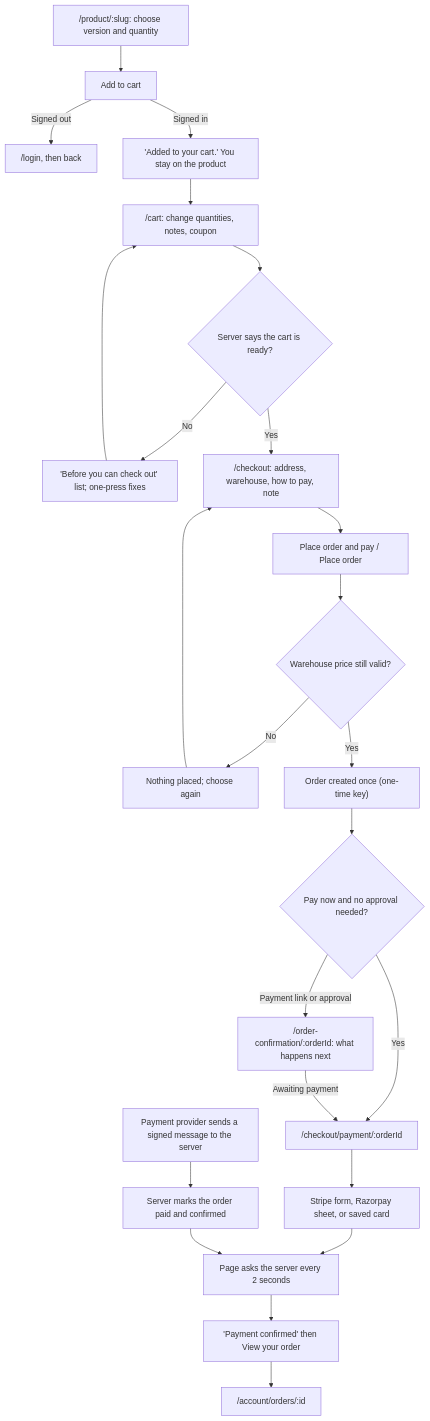
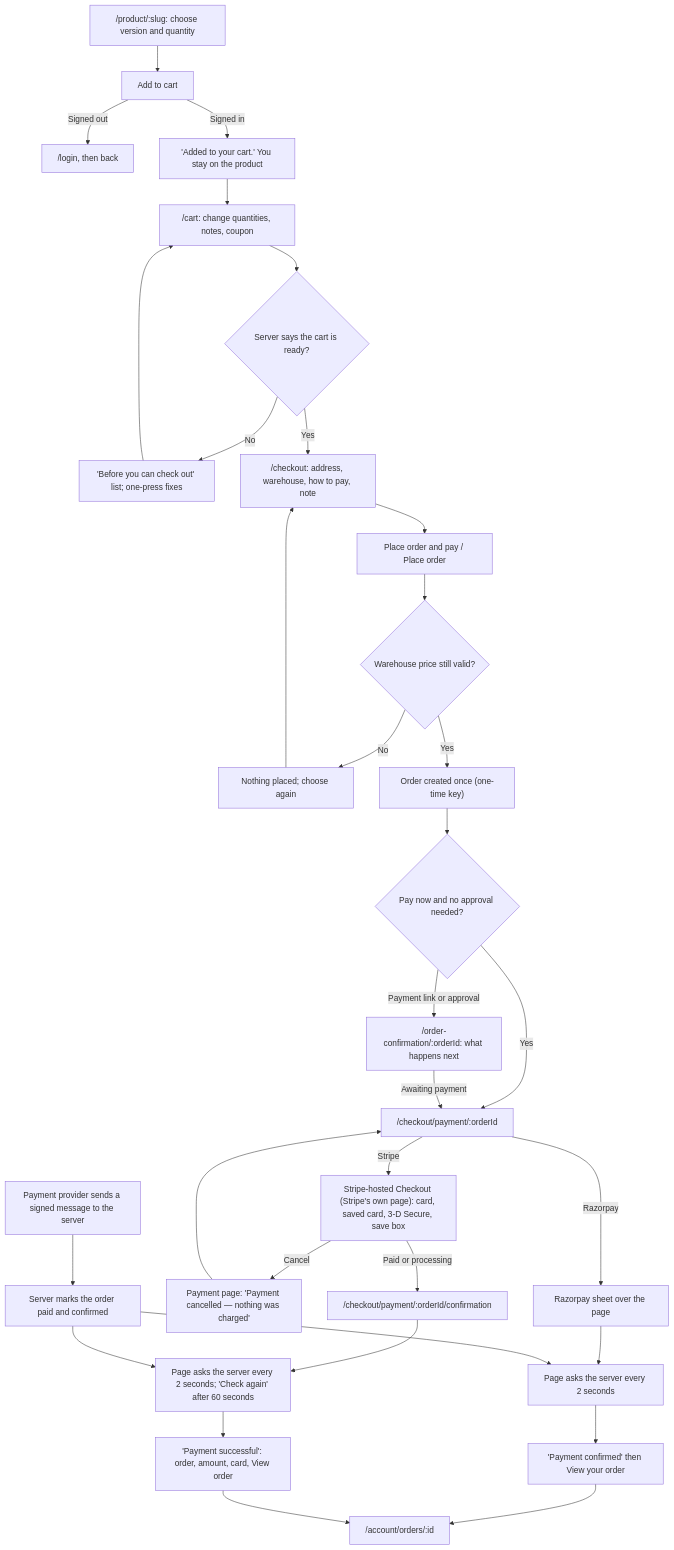
The seventh of 14 diagrams in docs/UI-SCREENS.md (UBoss-AI/UBoss-Sourcing), drawn with Mermaid before and after one commit. The commit also changed other lines of this file and 236 other files, not shown here.

````diff
--- a/docs/UI-SCREENS.md
+++ b/docs/UI-SCREENS.md
@@ -5002,24 +5269,31 @@
 ```mermaid
 flowchart TD
   P["/product/:slug: choose version and quantity"] --> Add["Add to cart"]
   Add -->|"Signed out"| SignIn["/login, then back"]
   Add -->|"Signed in"| Toast["'Added to your cart.' You stay on the product"]
   Toast --> Cart["/cart: change quantities, notes, coupon"]
   Cart --> Ready{"Server says the cart is ready?"}
   Ready -->|"No"| Fix["'Before you can check out' list; one-press fixes"] --> Cart
   Ready -->|"Yes"| Checkout["/checkout: address, warehouse, how to pay, note"]
   Checkout --> Place["Place order and pay / Place order"]
   Place --> Recheck{"Warehouse price still valid?"}
   Recheck -->|"No"| Choose["Nothing placed; choose again"] --> Checkout
   Recheck -->|"Yes"| Created["Order created once (one-time key)"]
   Created --> Mode{"Pay now and no approval needed?"}
   Mode -->|"Yes"| Pay["/checkout/payment/:orderId"]
   Mode -->|"Payment link or approval"| Conf["/order-confirmation/:orderId: what happens next"]
   Conf -->|"Awaiting payment"| Pay
-  Pay --> Provider["Stripe form, Razorpay sheet, or saved card"]
+  Pay -->|"Stripe"| Hosted["Stripe-hosted Checkout (Stripe's own page): card, saved card, 3-D Secure, save box"]
+  Hosted -->|"Paid or processing"| Back["/checkout/payment/:orderId/confirmation"]
+  Hosted -->|"Cancel"| Cancelled["Payment page: 'Payment cancelled — nothing was charged'"] --> Pay
+  Back --> PollS["Page asks the server every 2 seconds; 'Check again' after 60 seconds"]
+  Pay -->|"Razorpay"| Provider["Razorpay sheet over the page"]
   Provider --> Poll["Page asks the server every 2 seconds"]
   Webhook["Payment provider sends a signed message to the server"] --> Confirmed["Server marks the order paid and confirmed"]
   Confirmed --> Poll
+  Confirmed --> PollS
+  PollS --> PaidS["'Payment successful': order, amount, card, View order"]
   Poll --> Paid["'Payment confirmed' then View your order"]
   Paid --> OrderPage["/account/orders/:id"]
+  PaidS --> OrderPage
 ```
````
